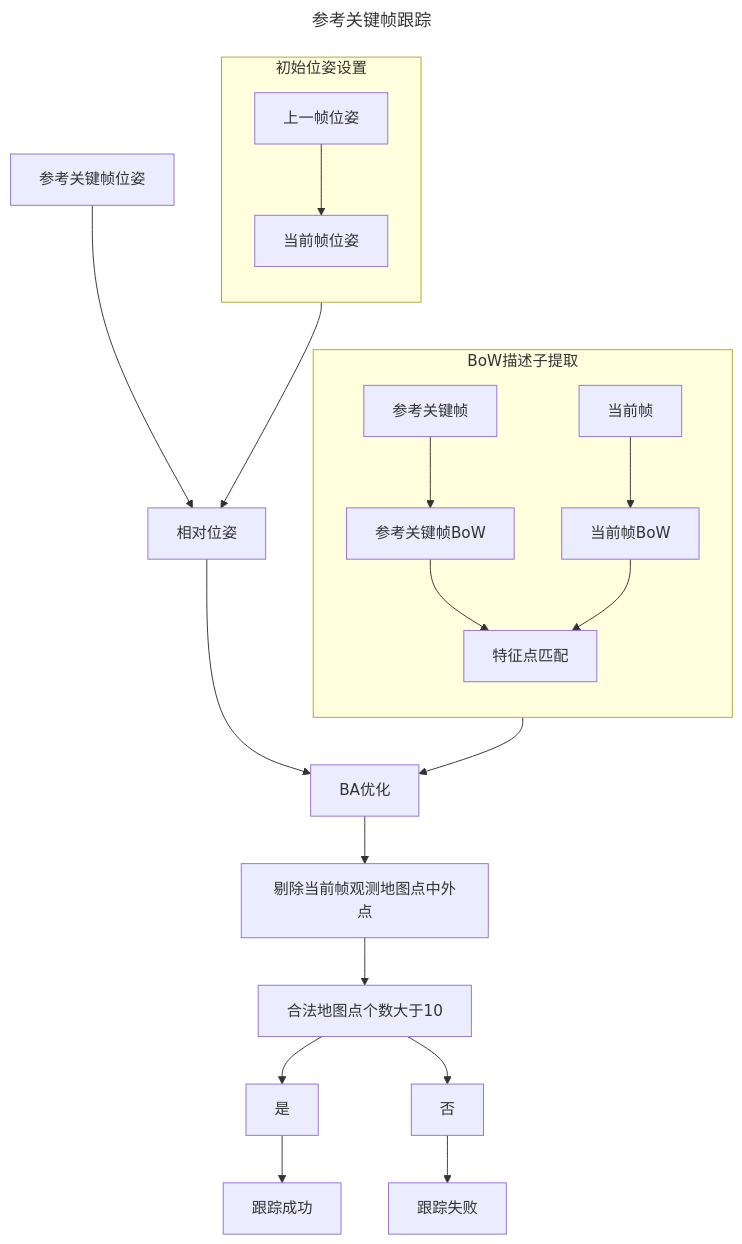
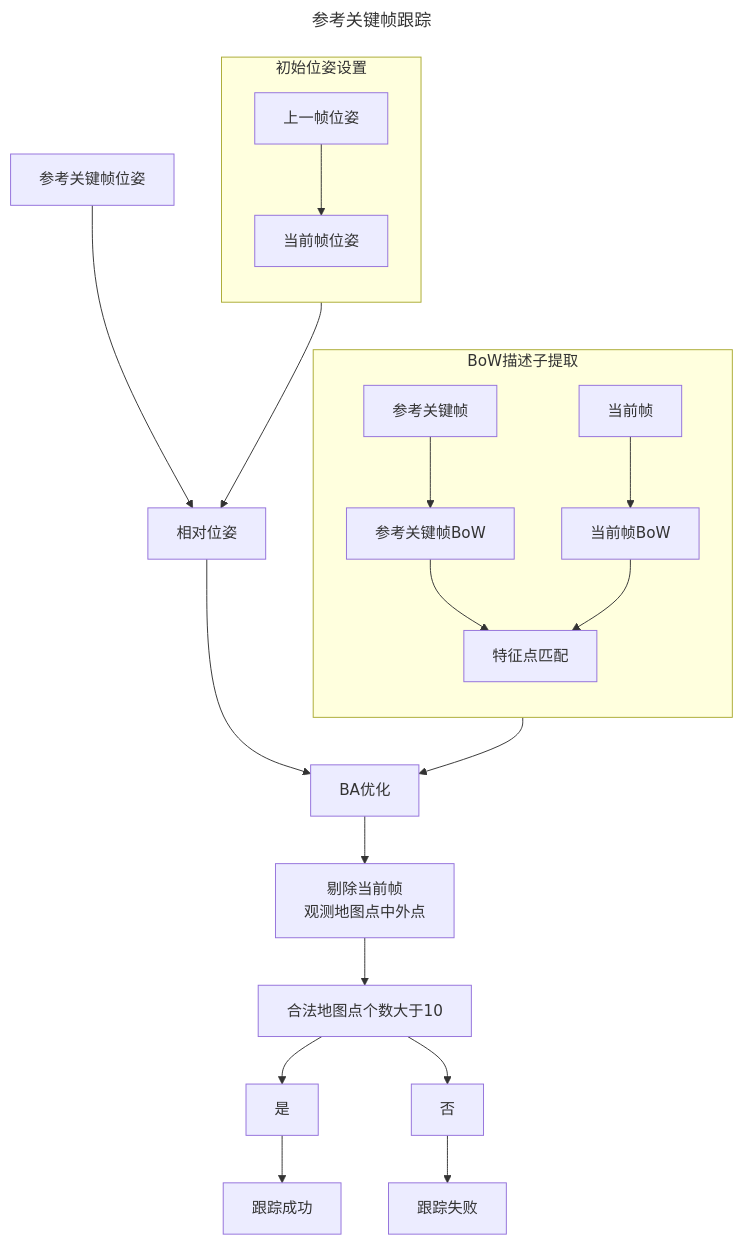
Before and after one commit to renwuli/renwuli.github.io: the fourth of 6 diagrams in _posts/2023-04-10-ORBSLAM3-All-in-One.md, drawn with Mermaid. The commit also changed other lines of this file and 1 other file, not shown here.

```diff
--- a/_posts/2023-04-10-ORBSLAM3-All-in-One.md
+++ b/_posts/2023-04-10-ORBSLAM3-All-in-One.md
@@ -197,31 +197,31 @@
 {% mermaid %}
 ---
 title: 参考关键帧跟踪
 ---
 flowchart TB
     subgraph BoW描述子提取
         direction TB
         参考关键帧 --> 参考关键帧BoW
         当前帧 --> 当前帧BoW
 
         参考关键帧BoW --> 特征点匹配
         当前帧BoW --> 特征点匹配
     end
 
 
     subgraph 初始位姿设置
         direction TB
         上一帧位姿 --> 当前帧位姿
     end
 
     参考关键帧位姿 --> 相对位姿
     当前帧位姿 --> 相对位姿
 
     特征点匹配 --> BA优化
     相对位姿 --> BA优化
 
-    BA优化 --> 剔除当前帧观测地图点中外点 --> 合法地图点个数大于10
+    BA优化 --> 剔除当前帧\n观测地图点中外点 --> 合法地图点个数大于10
 
     合法地图点个数大于10 --> 是 --> 跟踪成功
     合法地图点个数大于10 --> 否 --> 跟踪失败
 {% endmermaid %}
```
